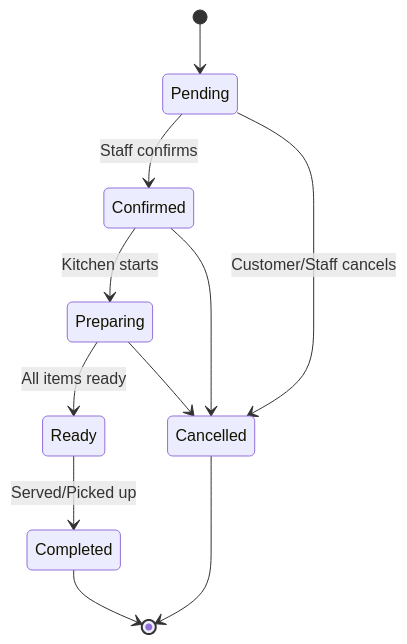
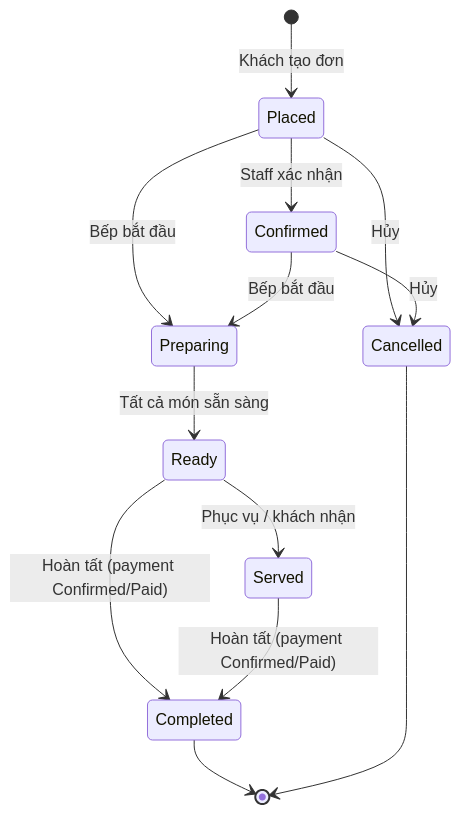
One commit to Anpham120/restaurant-qr-ai-ordering changed the seventh of 13 diagrams in docs/BA_SA_SYSTEM_DESIGN.md. Above: the diagram before and after it, drawn with Mermaid. The commit also changed other lines of this file and 200 other files, not shown here.

````diff
--- a/docs/BA_SA_SYSTEM_DESIGN.md
+++ b/docs/BA_SA_SYSTEM_DESIGN.md
@@ -212,13 +218,15 @@
 ```mermaid
 stateDiagram-v2
-    [*] --> Pending
-    Pending --> Confirmed: Staff confirms
-    Pending --> Cancelled: Customer/Staff cancels
-    Confirmed --> Preparing: Kitchen starts
-    Preparing --> Ready: All items ready
-    Ready --> Completed: Served/Picked up
-    Confirmed --> Cancelled
-    Preparing --> Cancelled
+    [*] --> Placed: Khách tạo đơn
+    Placed --> Confirmed: Staff xác nhận
+    Placed --> Preparing: Bếp bắt đầu
+    Confirmed --> Preparing: Bếp bắt đầu
+    Preparing --> Ready: Tất cả món sẵn sàng
+    Ready --> Served: Phục vụ / khách nhận
+    Ready --> Completed: Hoàn tất (payment Confirmed/Paid)
+    Served --> Completed: Hoàn tất (payment Confirmed/Paid)
+    Placed --> Cancelled: Hủy
+    Confirmed --> Cancelled: Hủy
     Completed --> [*]
     Cancelled --> [*]
 ```
````
